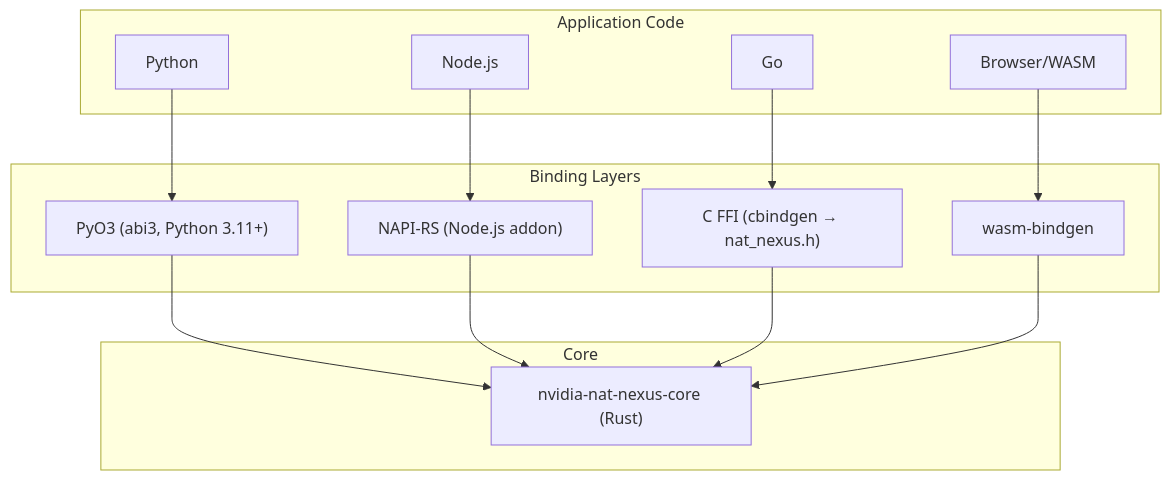
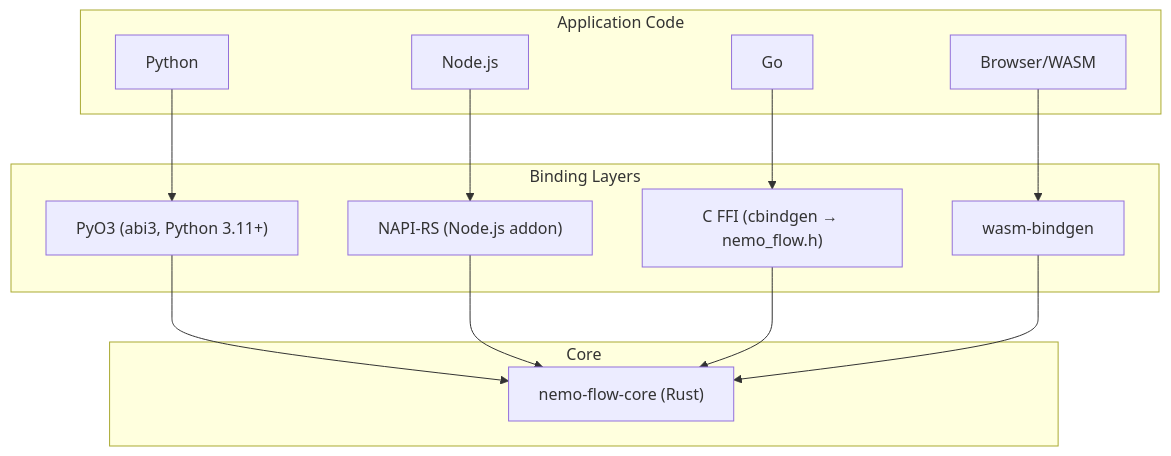
One commit to NVIDIA/NeMo-Relay changed the diagram in docs/language-bindings.md. Above: the diagram before and after it, drawn with Mermaid. The commit also changed other lines of this file and 312 other files, not shown here.

````diff
--- a/docs/language-bindings.md
+++ b/docs/language-bindings.md
@@ -17,25 +17,25 @@
 ```mermaid
 graph TD
     subgraph "Application Code"
         PY[Python]
         JS[Node.js]
         GO[Go]
         WA[Browser/WASM]
     end
 
     subgraph "Binding Layers"
         PYO3["PyO3 (abi3, Python 3.11+)"]
         NAPI["NAPI-RS (Node.js addon)"]
-        FFI["C FFI (cbindgen → nat_nexus.h)"]
+        FFI["C FFI (cbindgen → nemo_flow.h)"]
         WASM["wasm-bindgen"]
     end
 
     subgraph "Core"
-        CORE["nvidia-nat-nexus-core (Rust)"]
+        CORE["nemo-flow-core (Rust)"]
     end
 
     PY --> PYO3 --> CORE
     JS --> NAPI --> CORE
     GO --> FFI --> CORE
     WA --> WASM --> CORE
 ```
````
